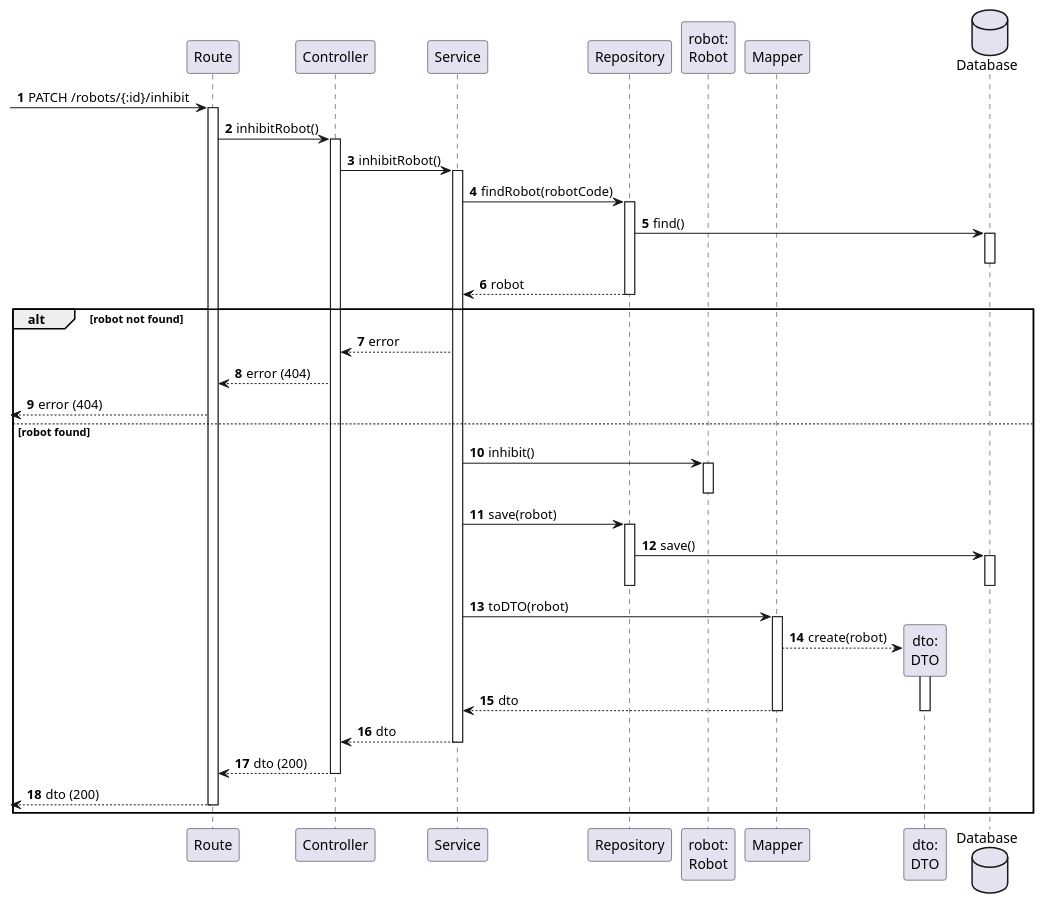
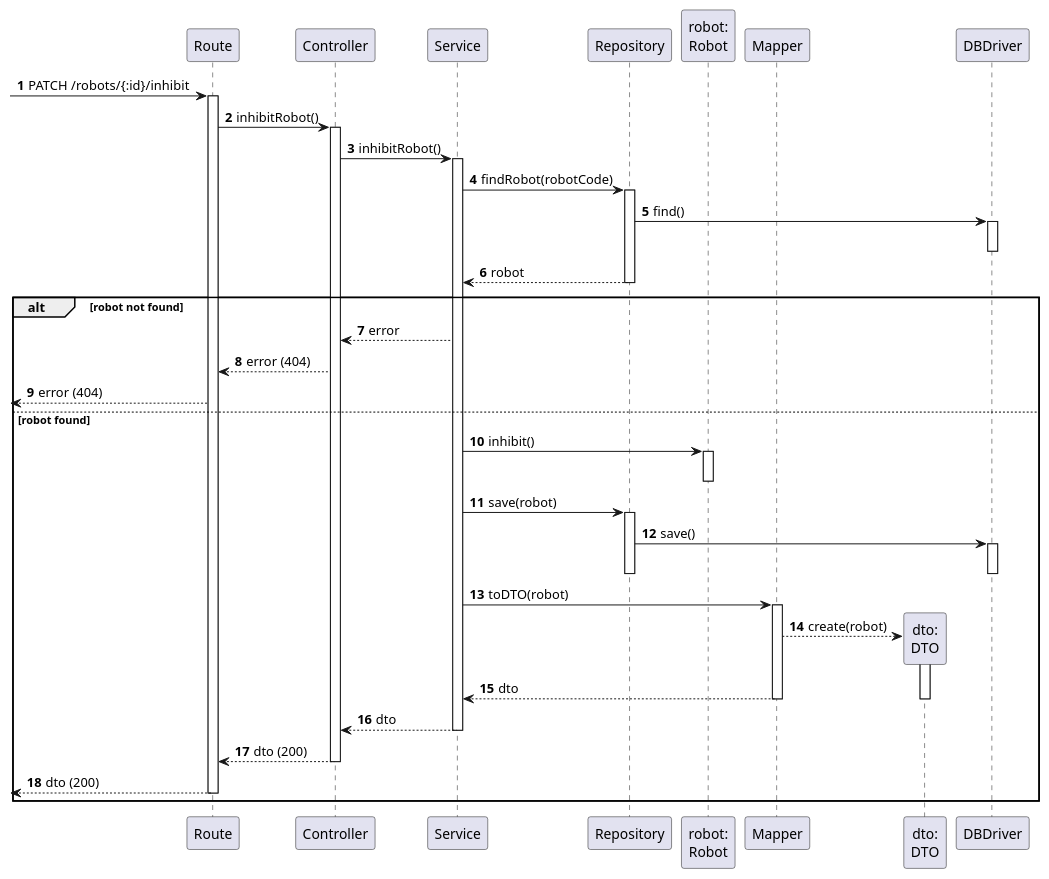
Before and after one commit to Departamento-de-Engenharia-Informatica/lapr5-23-24-g19: the diagram in docs/us370/level3/process-view.puml, drawn with PlantUML. The commit also changed 1 other file, not shown here.

Commit message:
docs(us370): update Database representation

```diff
--- a/docs/us370/level3/process-view.puml
+++ b/docs/us370/level3/process-view.puml
@@ -1,73 +1,73 @@
 @startuml
 autonumber
 
 participant "Route" as r
 participant "Controller" as ctrl
 participant "Service" as svc
 participant "Repository" as repo
 
 participant "robot:\nRobot" as robot
 participant "Mapper" as map
 participant "dto:\nDTO" as dto
 
-database "Database" as db
+participant "DBDriver" as db
 
 [-> r : PATCH /robots/{:id}/inhibit
 activate r
     ' note right : verify if user is a \nfleet manager
     ' alt unkown user
     '     r --> ui : 401: Unauthorized
     ' else user not authorized
     '     r --> ui : 403: Forbidden
     ' else user authorized
 
     r -> ctrl : inhibitRobot()
     activate ctrl
         ctrl -> svc : inhibitRobot()
         activate svc
             svc -> repo : findRobot(robotCode)
             activate repo
                 repo -> db : find()
                 activate db
                 deactivate db
 
                 repo --> svc : robot
             deactivate repo
 
             alt robot not found
                 svc --> ctrl : error
                 ctrl --> r : error (404)
                 [<-- r : error (404)
             else robot found
 
                 svc -> robot : inhibit()
                 activate robot
                 deactivate robot
 
                 svc -> repo : save(robot)
                 activate repo
                     repo -> db : save()
                     activate db
                     deactivate db
                 deactivate repo
 
                 svc -> map : toDTO(robot)
                 activate map
                     map --> dto **: create(robot)
                     activate dto
                         map --> svc : dto
                     deactivate dto
                 deactivate map
 
                 svc --> ctrl : dto
         deactivate svc
 
         ctrl --> r : dto (200)
     deactivate ctrl
     [<-- r : dto (200)
 deactivate r
 
 
 end
 
 @enduml
```
